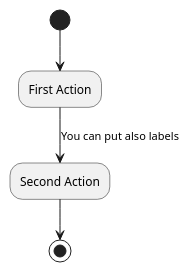
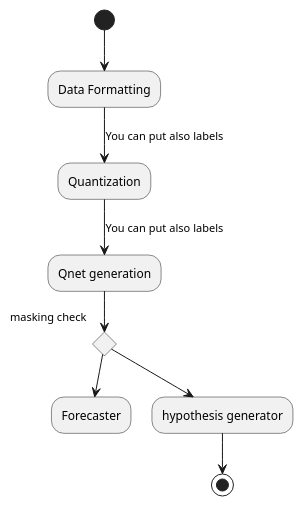
The diagram in project/Microbiome Analysis Steps.md (zeroknowledgediscovery/zedwiki), drawn with PlantUML before and after one commit.

Commit message:
Updated Microbiome Analysis Steps.md (markdown)

```diff
--- a/project/Microbiome Analysis Steps.md
+++ b/project/Microbiome Analysis Steps.md
@@ -14,7 +14,12 @@
 @startuml
 
-(*) --> "First Action"
--->[You can put also labels] "Second Action"
+(*) --> "Data Formatting"
+-->[You can put also labels] "Quantization"
+-->[You can put also labels] "Qnet generation"
+If  "masking check" then
+--> "Forecaster"
+else
+--> "hypothesis generator"
 --> (*)
 
 @enduml
```
